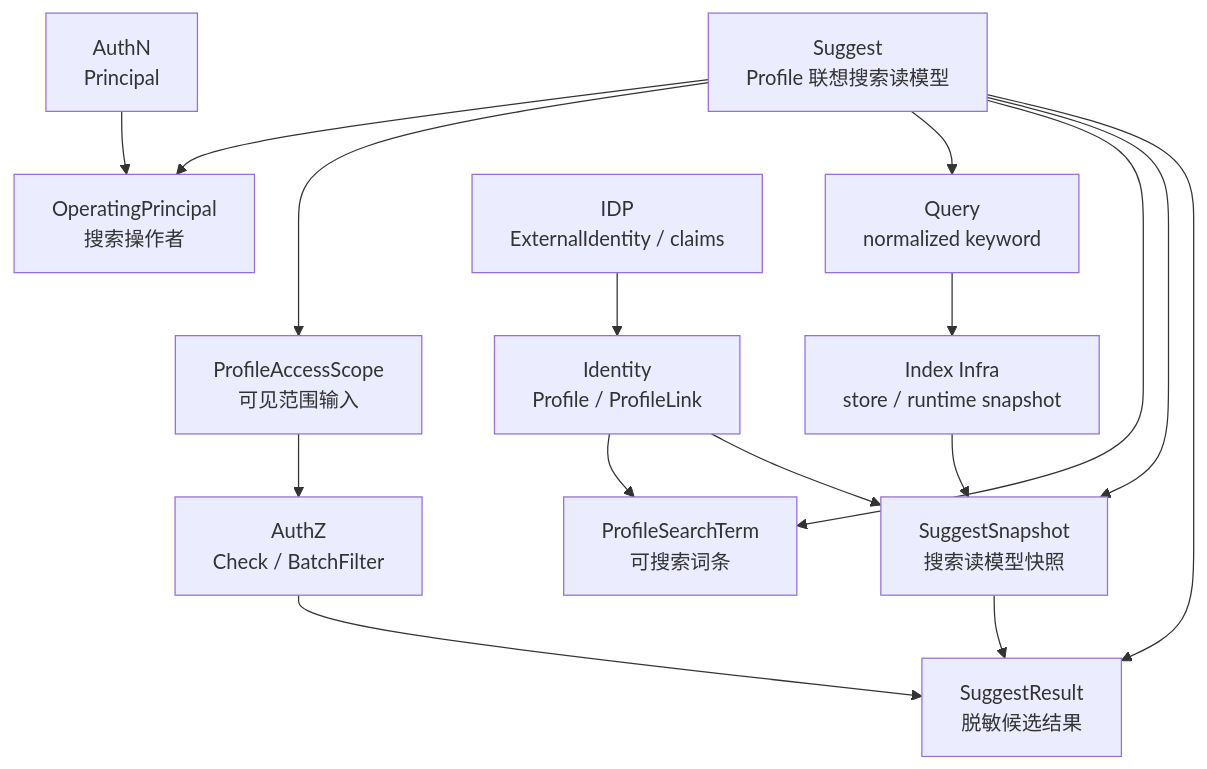
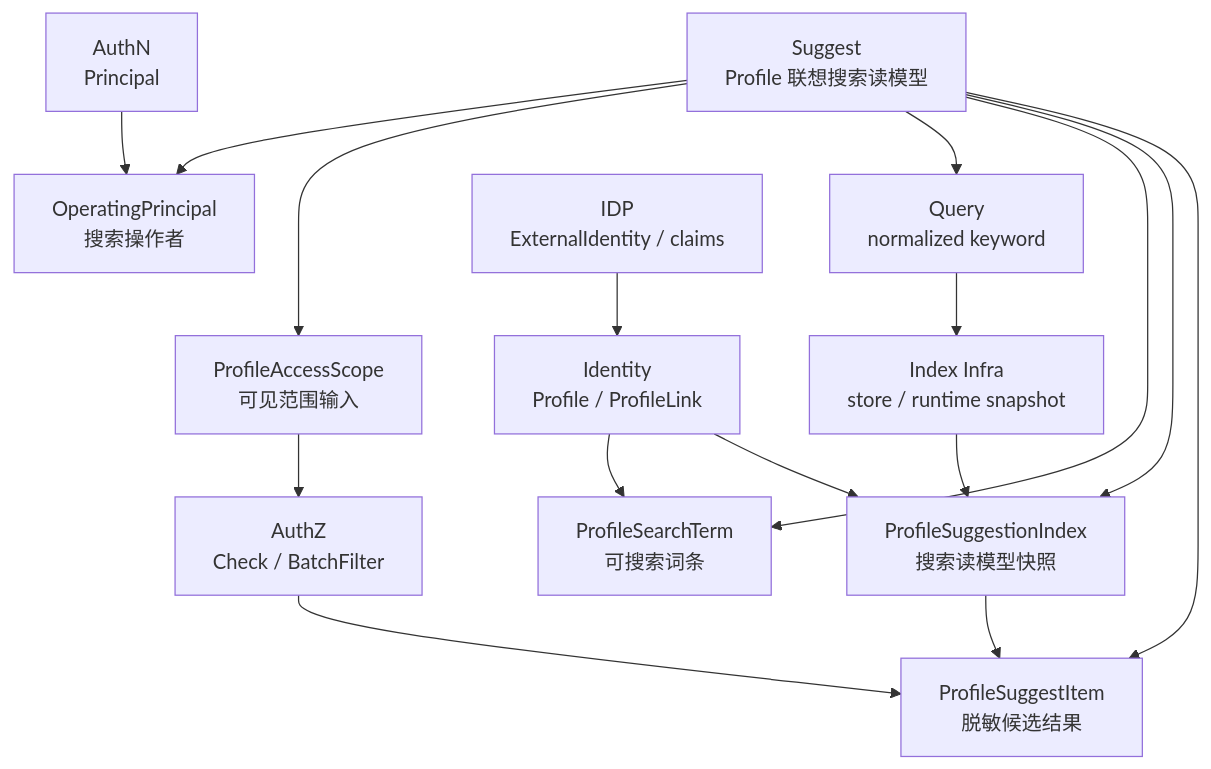
Before and after one commit to FangcunMount/iam: the diagram in docs/02-业务模块/05-Suggest/README.md, drawn with Mermaid. The commit also changed other lines of this file and 45 other files, not shown here.

````diff
--- a/docs/02-业务模块/05-Suggest/README.md
+++ b/docs/02-业务模块/05-Suggest/README.md
@@ -119,34 +119,34 @@
 ```mermaid
 flowchart TD
     Suggest["Suggest\nProfile 联想搜索读模型"]
 
     Principal["OperatingPrincipal\n搜索操作者"]
     Scope["ProfileAccessScope\n可见范围输入"]
     Query["Query\nnormalized keyword"]
     Term["ProfileSearchTerm\n可搜索词条"]
-    Snapshot["SuggestSnapshot\n搜索读模型快照"]
-    Result["SuggestResult\n脱敏候选结果"]
+    Snapshot["ProfileSuggestionIndex\n搜索读模型快照"]
+    Result["ProfileSuggestItem\n脱敏候选结果"]
 
     Identity["Identity\nProfile / ProfileLink"]
     AuthZ["AuthZ\nCheck / BatchFilter"]
     AuthN["AuthN\nPrincipal"]
     IDP["IDP\nExternalIdentity / claims"]
     Index["Index Infra\nstore / runtime snapshot"]
 
     Suggest --> Principal
     Suggest --> Scope
     Suggest --> Query
     Suggest --> Term
     Suggest --> Snapshot
     Suggest --> Result
 
     AuthN --> Principal
     Identity --> Term
     Identity --> Snapshot
     Query --> Index
     Index --> Snapshot
     Snapshot --> Result
     Scope --> AuthZ
     AuthZ --> Result
     IDP --> Identity
 ```
````
